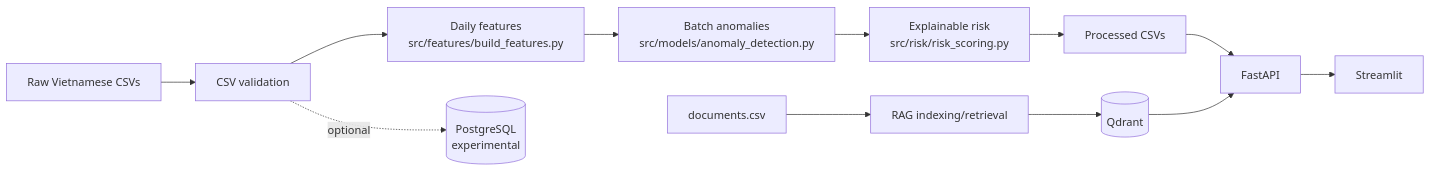
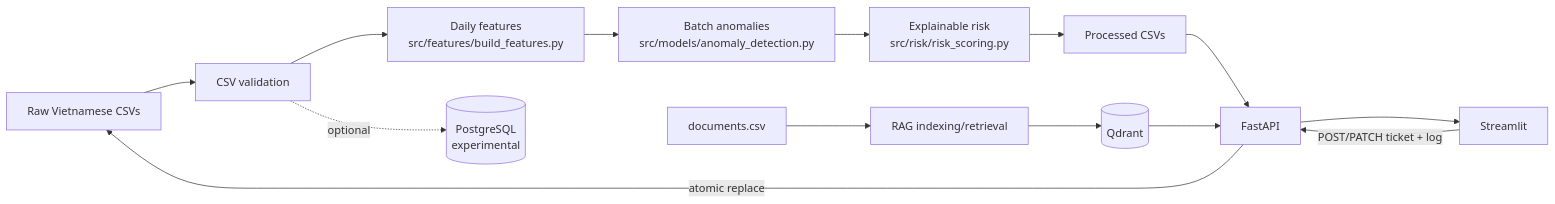
The diagram in README.md (khoavd18/AI_maintain), drawn with Mermaid before and after one commit. The commit also changed other lines of this file and 33 other files, not shown here.

````diff
--- a/README.md
+++ b/README.md
@@ -67,16 +67,18 @@
 ```mermaid
 flowchart LR
     Raw[Raw Vietnamese CSVs] --> Validation[CSV validation]
     Validation --> Features[Daily features<br/>src/features/build_features.py]
     Features --> Anomaly[Batch anomalies<br/>src/models/anomaly_detection.py]
     Anomaly --> Risk[Explainable risk<br/>src/risk/risk_scoring.py]
     Risk --> Processed[Processed CSVs]
     Processed --> API[FastAPI]
     API --> Dashboard[Streamlit]
+    Dashboard -->|POST/PATCH ticket + log| API
+    API -->|atomic replace| Raw
 
     Docs[documents.csv] --> RAG[RAG indexing/retrieval]
     RAG --> Qdrant[(Qdrant)]
     Qdrant --> API
 
     Validation -. optional .-> Postgres[(PostgreSQL<br/>experimental)]
 ```
````
